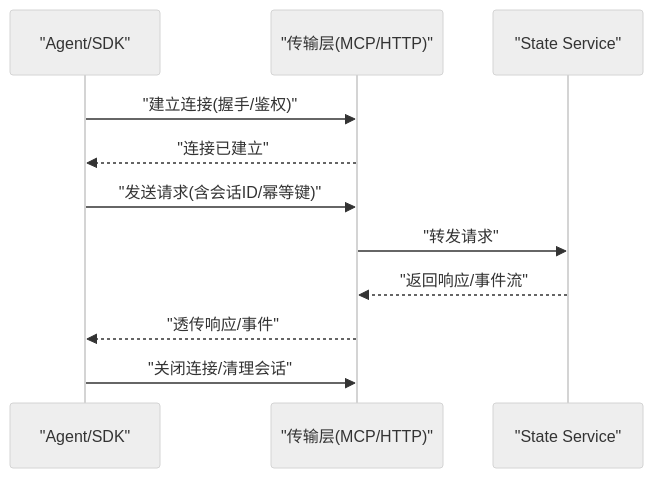
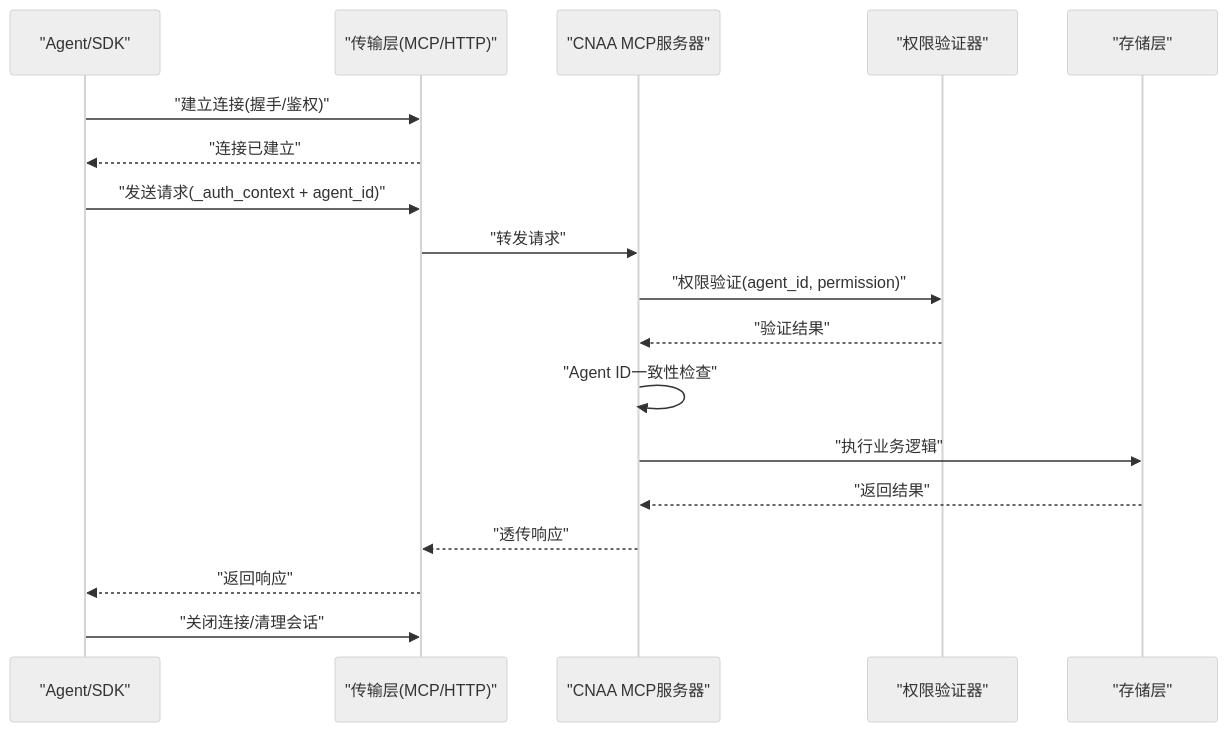
The second of 3 diagrams in .qoder/repowiki/zh/content/API参考/MCP协议.md (lgx236/CNAA-Cloud-Native-Agent-Architecture-), drawn with Mermaid (neutral theme) before and after one commit. The commit also changed other lines of this file and 98 other files, not shown here.

Commit message:
feat: Add cloud-local distributed architecture configuration & deployment docs

````diff
--- a/.qoder/repowiki/zh/content/API参考/MCP协议.md
+++ b/.qoder/repowiki/zh/content/API参考/MCP协议.md
@@ -57,13 +87,20 @@
 ```mermaid
 sequenceDiagram
 participant A as "Agent/SDK"
 participant T as "传输层(MCP/HTTP)"
-participant S as "State Service"
+participant S as "CNAA MCP服务器"
+participant P as "权限验证器"
+participant ST as "存储层"
 A->>T : "建立连接(握手/鉴权)"
 T-->>A : "连接已建立"
-A->>T : "发送请求(含会话ID/幂等键)"
+A->>T : "发送请求(_auth_context + agent_id)"
 T->>S : "转发请求"
-S-->>T : "返回响应/事件流"
-T-->>A : "透传响应/事件"
+S->>P : "权限验证(agent_id, permission)"
+P-->>S : "验证结果"
+S->>S : "Agent ID一致性检查"
+S->>ST : "执行业务逻辑"
+ST-->>S : "返回结果"
+S-->>T : "透传响应"
+T-->>A : "返回响应"
 A->>T : "关闭连接/清理会话"
 ```
````
